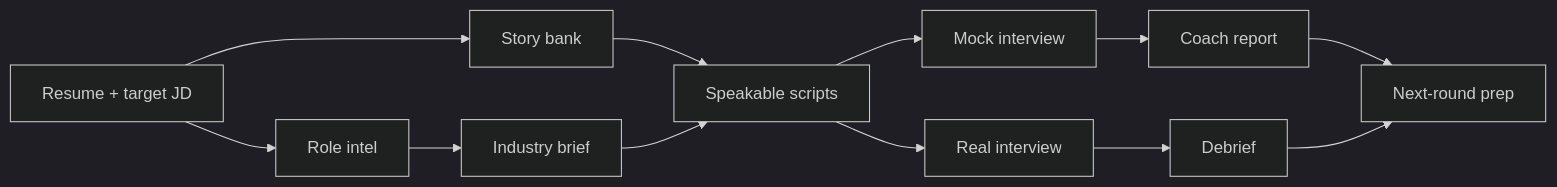
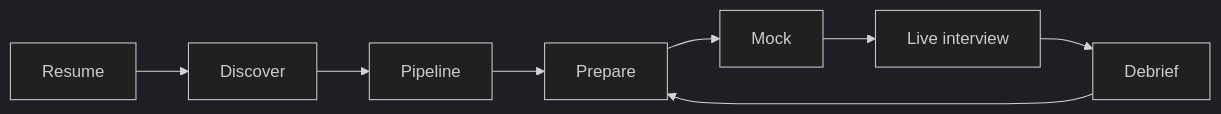
Before and after one commit to YunyueLi/greenroom: the diagram in README.md, drawn with Mermaid (dark theme). The commit also changed other lines of this file and 10 other files, not shown here.

````diff
--- a/README.md
+++ b/README.md
@@ -67,14 +37,10 @@
 ```mermaid
 flowchart LR
-    A["Resume + target JD"] --> B["Role intel"]
-    A --> C["Story bank"]
-    B --> D["Industry brief"]
-    C --> E["Speakable scripts"]
-    D --> E
-    E --> F["Mock interview"]
-    F --> G["Coach report"]
-    G --> H["Next-round prep"]
-    E --> I["Real interview"]
-    I --> J["Debrief"]
-    J --> H
+    A["Resume"] --> B["Discover"]
+    B --> C["Pipeline"]
+    C --> D["Prepare"]
+    D --> E["Mock"]
+    E --> F["Live interview"]
+    F --> G["Debrief"]
+    G --> D
 ```
````
